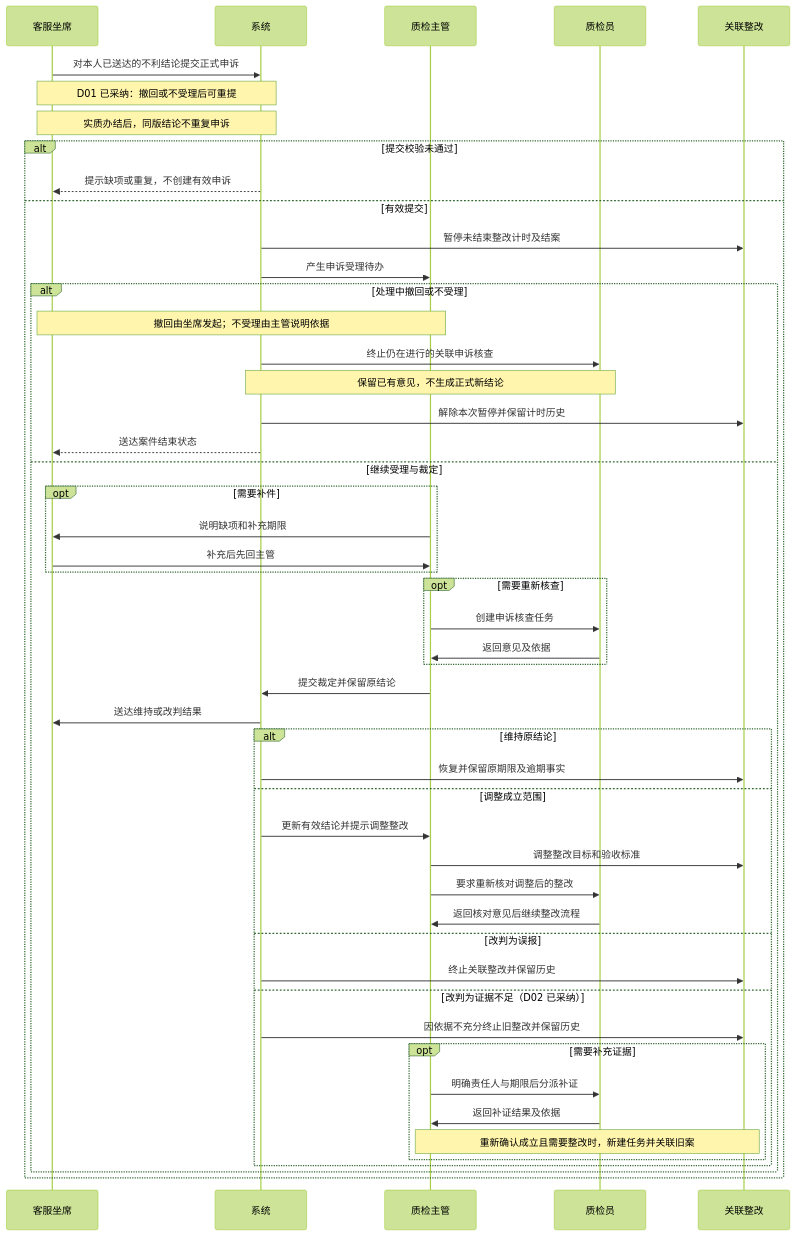
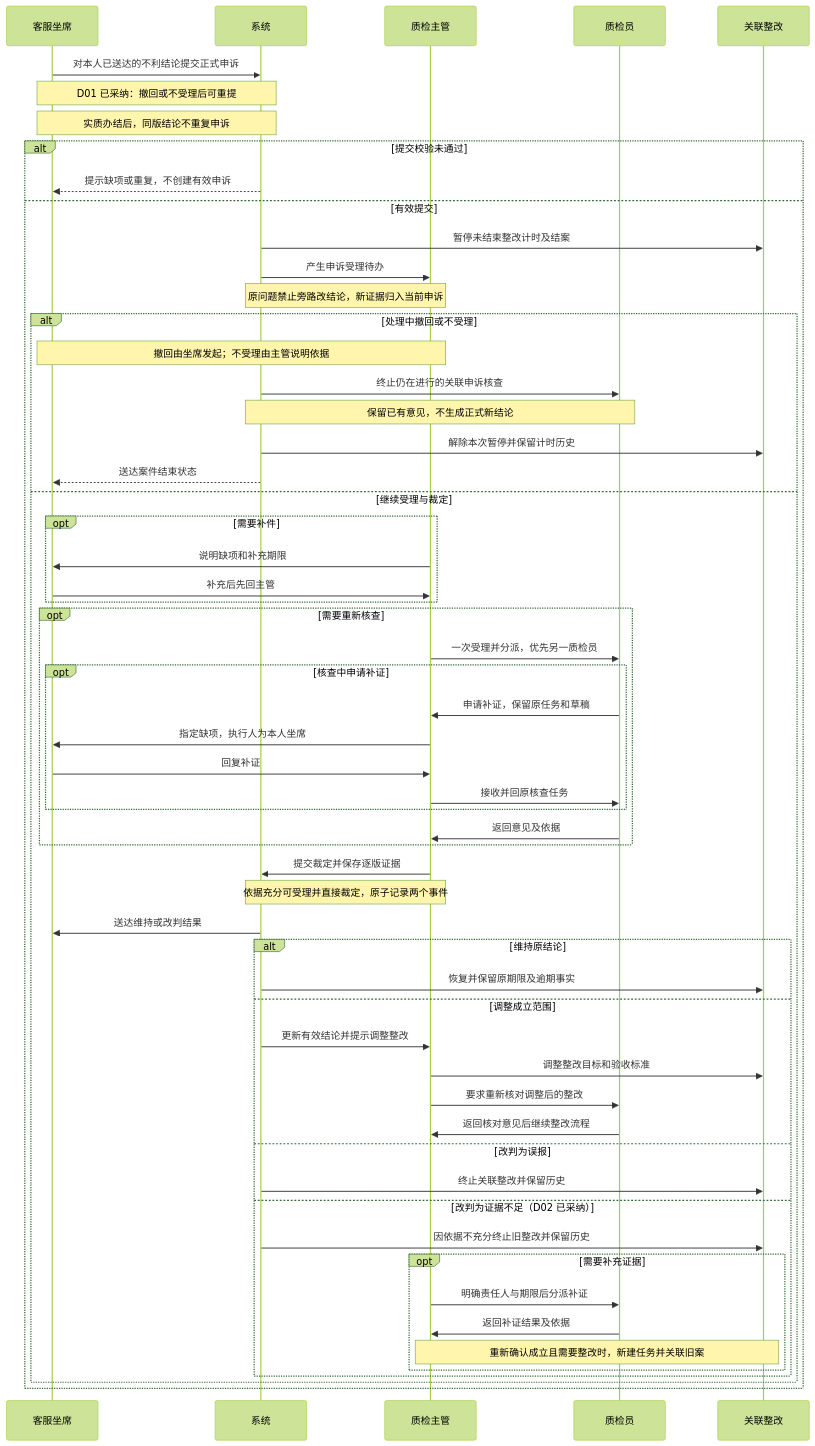
Before and after one commit to h-pl/bank-voice-qc-mvp-p0: the second of 3 diagrams in docs/reviews/PRD-银行语音质检-MVP-P0.md, drawn with Mermaid (forest theme). The commit also changed other lines of this file and 39 other files, not shown here.

````diff
--- a/docs/reviews/PRD-银行语音质检-MVP-P0.md
+++ b/docs/reviews/PRD-银行语音质检-MVP-P0.md
@@ -261,52 +268,60 @@
 ```mermaid
 sequenceDiagram
     participant A as 客服坐席
     participant S as 系统
     participant Q as 质检主管
     participant I as 质检员
     participant R as 关联整改
     A->>S: 对本人已送达的不利结论提交正式申诉
     Note over A,S: D01 已采纳：撤回或不受理后可重提
     Note over A,S: 实质办结后，同版结论不重复申诉
     alt 提交校验未通过
         S-->>A: 提示缺项或重复，不创建有效申诉
     else 有效提交
         S->>R: 暂停未结束整改计时及结案
         S->>Q: 产生申诉受理待办
+        Note over S,Q: 原问题禁止旁路改结论，新证据归入当前申诉
         alt 处理中撤回或不受理
             Note over A,Q: 撤回由坐席发起；不受理由主管说明依据
             S->>I: 终止仍在进行的关联申诉核查
             Note over S,I: 保留已有意见，不生成正式新结论
             S->>R: 解除本次暂停并保留计时历史
             S-->>A: 送达案件结束状态
         else 继续受理与裁定
             opt 需要补件
                 Q->>A: 说明缺项和补充期限
                 A->>Q: 补充后先回主管
             end
             opt 需要重新核查
-                Q->>I: 创建申诉核查任务
+                Q->>I: 一次受理并分派，优先另一质检员
+                opt 核查中申请补证
+                    I->>Q: 申请补证，保留原任务和草稿
+                    Q->>A: 指定缺项，执行人为本人坐席
+                    A->>Q: 回复补证
+                    Q->>I: 接收并回原核查任务
+                end
                 I->>Q: 返回意见及依据
             end
-            Q->>S: 提交裁定并保留原结论
+            Q->>S: 提交裁定并保存逐版证据
+            Note over Q,S: 依据充分可受理并直接裁定，原子记录两个事件
             S->>A: 送达维持或改判结果
             alt 维持原结论
                 S->>R: 恢复并保留原期限及逾期事实
             else 调整成立范围
                 S->>Q: 更新有效结论并提示调整整改
                 Q->>R: 调整整改目标和验收标准
                 Q->>I: 要求重新核对调整后的整改
                 I->>Q: 返回核对意见后继续整改流程
             else 改判为误报
                 S->>R: 终止关联整改并保留历史
             else 改判为证据不足（D02 已采纳）
                 S->>R: 因依据不充分终止旧整改并保留历史
                 opt 需要补充证据
                     Q->>I: 明确责任人与期限后分派补证
                     I->>Q: 返回补证结果及依据
                     Note over Q,R: 重新确认成立且需要整改时，新建任务并关联旧案
                 end
             end
         end
     end
 ```
````
